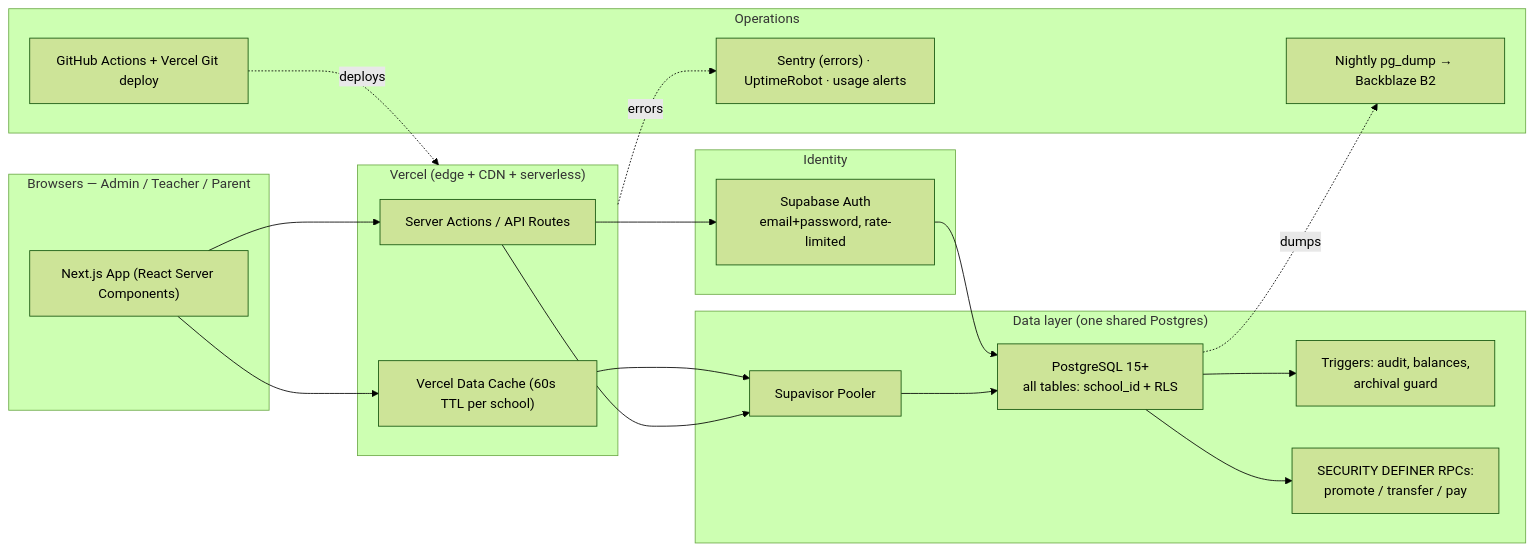
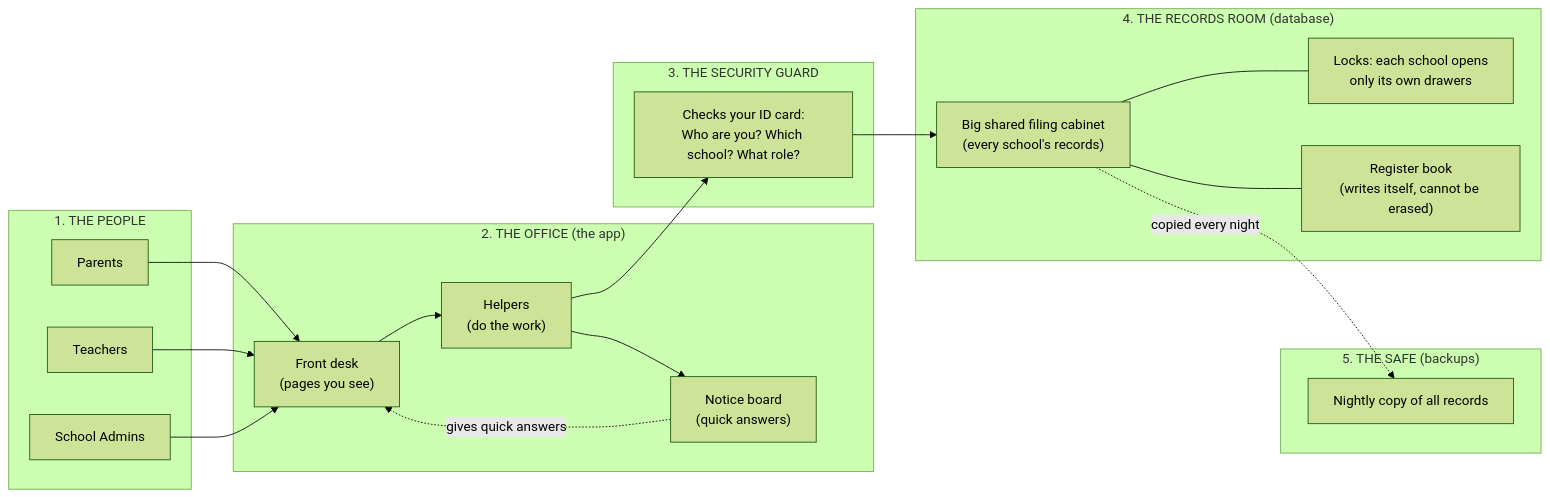
One commit to ziaurrahman26261-star/meddot changed the first of 2 diagrams in ARCHITECTURE.md. Above: the diagram before and after it, drawn with Mermaid (forest theme). The commit also changed other lines of this file, not shown here.

````diff
--- a/ARCHITECTURE.md
+++ b/ARCHITECTURE.md
@@ -116,41 +26,40 @@
 ```mermaid
 flowchart LR
-    subgraph Clients["Browsers — Admin / Teacher / Parent"]
-        B["Next.js App (React Server Components)"]
+    subgraph People["1. THE PEOPLE"]
+        P["Parents"]
+        T["Teachers"]
+        AD["School Admins"]
     end
 
-    subgraph Edge["Vercel (edge + CDN + serverless)"]
-        SA["Server Actions / API Routes"]
-        RC["Vercel Data Cache (60s TTL per school)"]
+    subgraph Office["2. THE OFFICE (the app)"]
+        FE["Front desk<br/>(pages you see)"]
+        HP["Helpers<br/>(do the work)"]
+        NB["Notice board<br/>(quick answers)"]
     end
 
-    subgraph Auth["Identity"]
-        AU["Supabase Auth<br/>email+password, rate-limited"]
+    subgraph Guard["3. THE SECURITY GUARD"]
+        ID["Checks your ID card:<br/>Who are you? Which school? What role?"]
     end
 
-    subgraph Data["Data layer (one shared Postgres)"]
-        POOL["Supavisor Pooler"]
-        PG["PostgreSQL 15+<br/>all tables: school_id + RLS"]
-        TRIG["Triggers: audit, balances,<br/>archival guard"]
-        RPC["SECURITY DEFINER RPCs:<br/>promote / transfer / pay"]
+    subgraph Room["4. THE RECORDS ROOM (database)"]
+        CAB["Big shared filing cabinet<br/>(every school's records)"]
+        LK["Locks: each school opens<br/>only its own drawers"]
+        REG["Register book<br/>(writes itself, cannot be erased)"]
     end
 
-    subgraph Ops["Operations"]
-        CI["GitHub Actions + Vercel Git deploy"]
-        BK["Nightly pg_dump → Backblaze B2"]
-        MON["Sentry (errors) · UptimeRobot · usage alerts"]
+    subgraph Safe["5. THE SAFE (backups)"]
+        SB["Nightly copy of all records"]
     end
 
-    B --> SA
-    B --> RC
-    RC --> POOL
-    SA --> AU
-    SA --> POOL
-    AU --> PG
-    POOL --> PG
-    PG --> TRIG
-    PG --> RPC
-    CI -. deploys .-> Edge
-    PG -. dumps .-> BK
-    Edge -. errors .-> MON
+    P --> FE
+    T --> FE
+    AD --> FE
+    FE --> HP
+    HP --> NB
+    NB -. "gives quick answers" .-> FE
+    HP --> ID
+    ID --> CAB
+    CAB --- LK
+    CAB --- REG
+    CAB -. "copied every night" .-> SB
 ```
````
